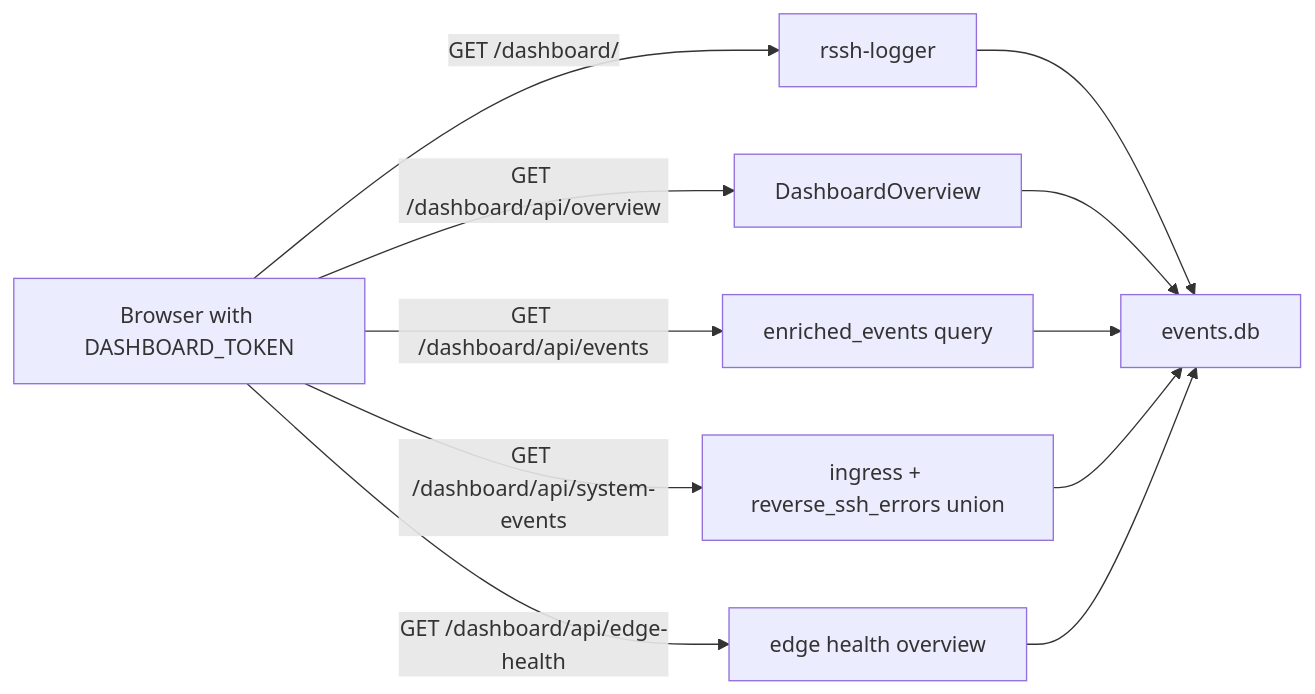
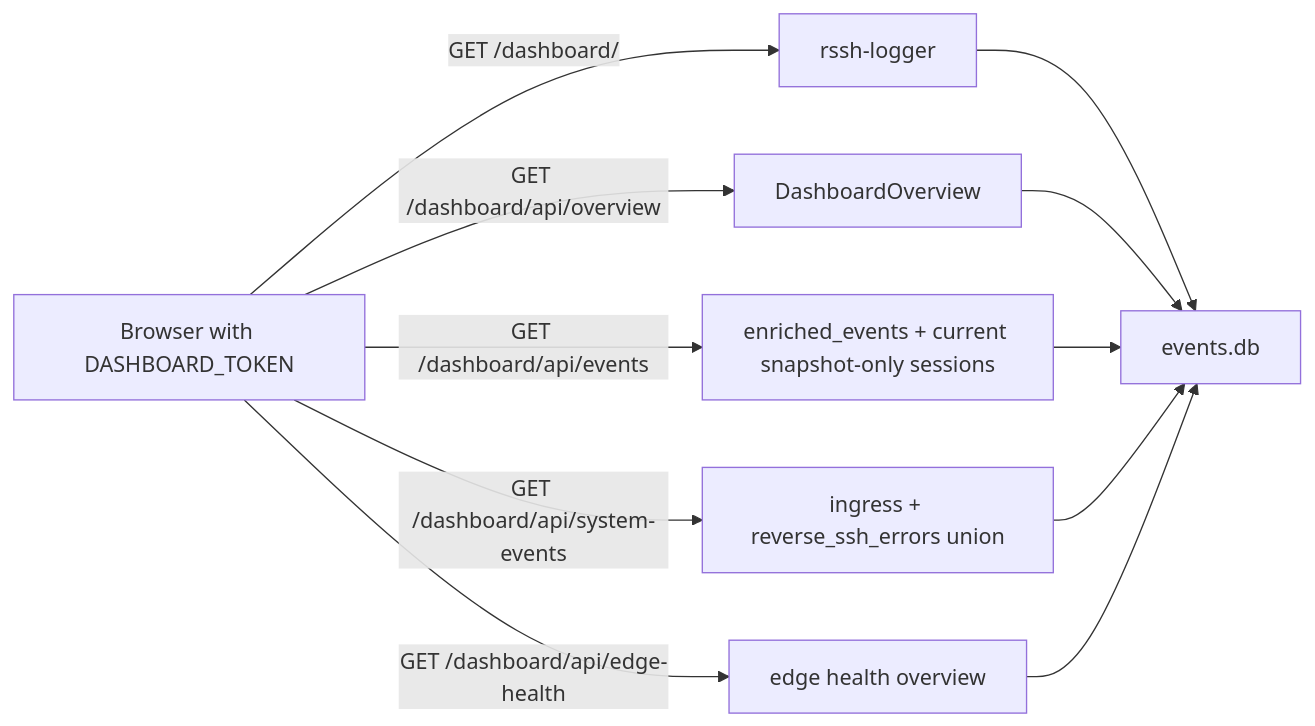
Diagram 13 of 16 in docs/architecture.md (durck/reverse_logger), drawn with Mermaid before and after one commit. The commit also changed other lines of this file and 4 other files, not shown here.

Commit message:
fix: show snapshot-only sessions in dashboard

````diff
--- a/docs/architecture.md
+++ b/docs/architecture.md
@@ -387,13 +387,13 @@
 ```mermaid
 flowchart LR
     Browser["Browser with DASHBOARD_TOKEN"] -->|"GET /dashboard/"| Logger["rssh-logger"]
     Browser -->|"GET /dashboard/api/overview"| Overview["DashboardOverview"]
-    Browser -->|"GET /dashboard/api/events"| Events["enriched_events query"]
+    Browser -->|"GET /dashboard/api/events"| Events["enriched_events + current snapshot-only sessions"]
     Browser -->|"GET /dashboard/api/system-events"| System["ingress + reverse_ssh_errors union"]
     Browser -->|"GET /dashboard/api/edge-health"| Health["edge health overview"]
     Logger --> DB["events.db"]
     Overview --> DB
     Events --> DB
     System --> DB
     Health --> DB
 ```
````
